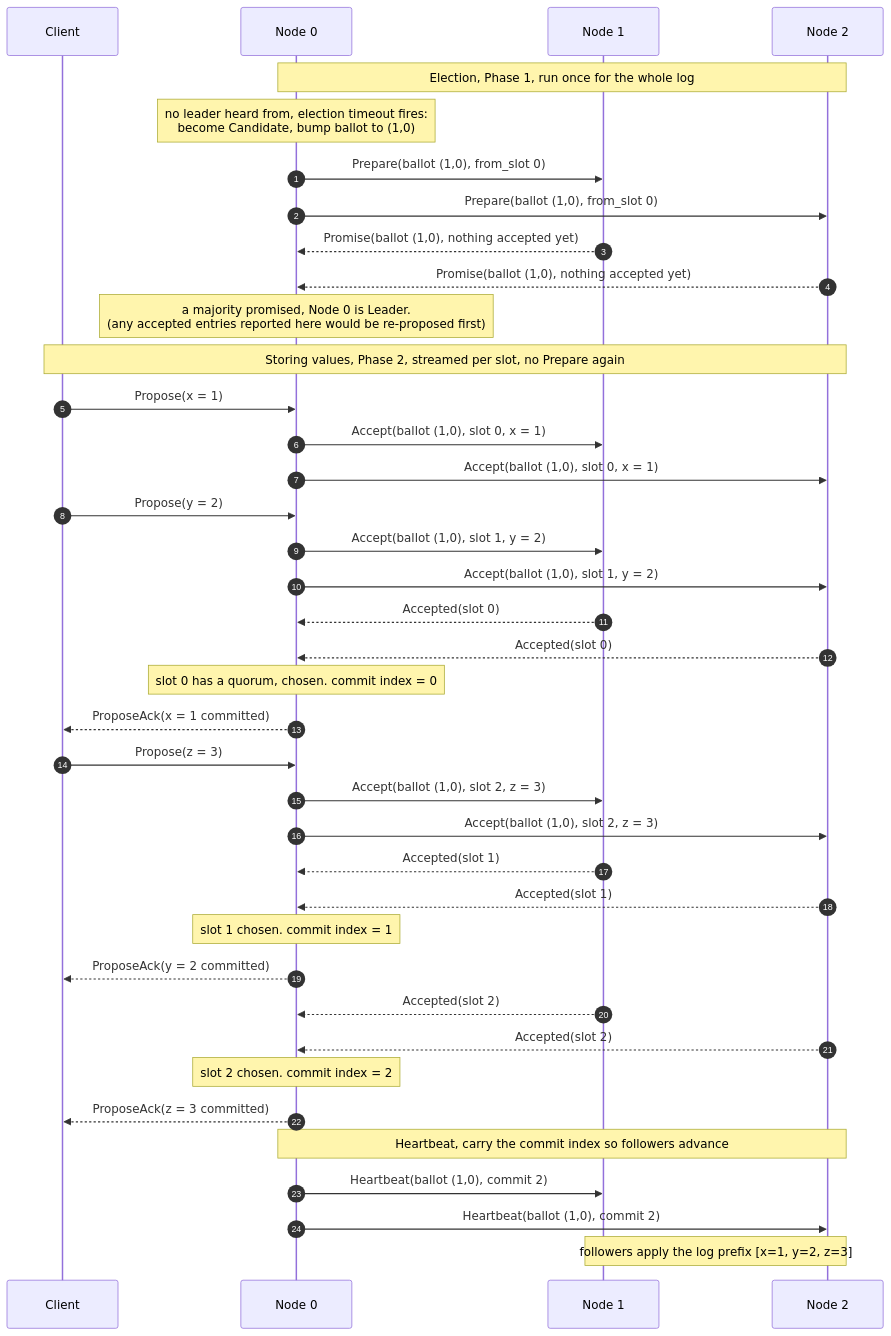
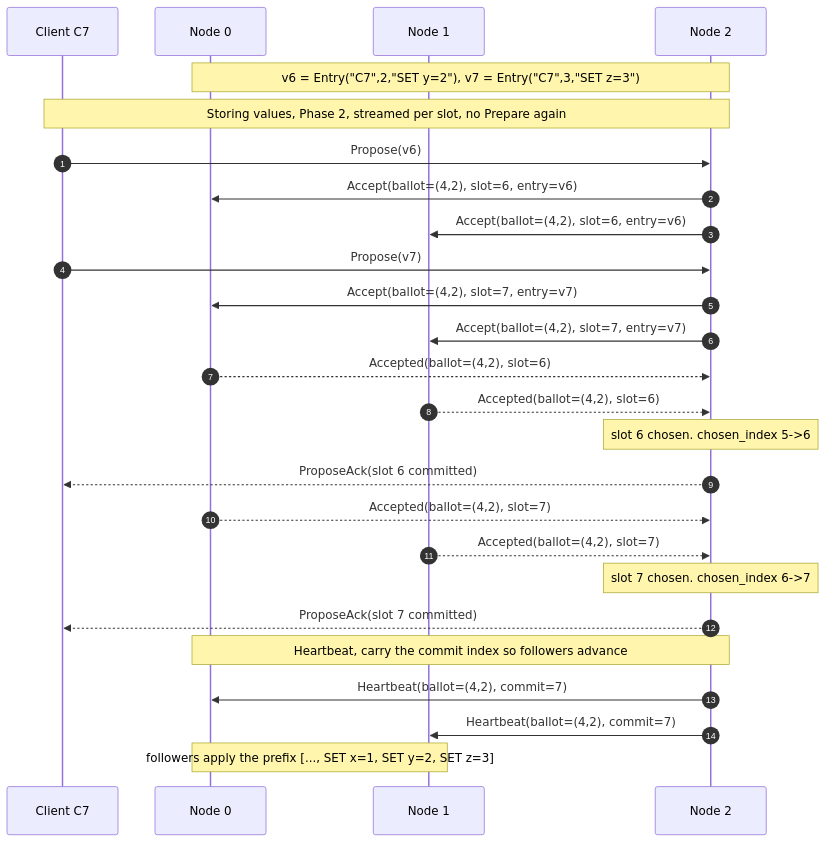
Before and after one commit to PierreZ/paros: the fifth of 5 diagrams in book/src/stable-leader.md, drawn with Mermaid. The commit also changed other lines of this file and 5 other files, not shown here.

````diff
--- a/book/src/stable-leader.md
+++ b/book/src/stable-leader.md
@@ -197,44 +231,30 @@
 ```mermaid
 sequenceDiagram
     autonumber
-    participant Cl as Client
+    participant Cl as Client C7
     participant N0 as Node 0
     participant N1 as Node 1
     participant N2 as Node 2
 
-    Note over N0,N2: Election, Phase 1, run once for the whole log
-    Note over N0: no leader heard from, election timeout fires:<br/>become Candidate, bump ballot to (1,0)
-    N0->>N1: Prepare(ballot (1,0), from_slot 0)
-    N0->>N2: Prepare(ballot (1,0), from_slot 0)
-    N1-->>N0: Promise(ballot (1,0), nothing accepted yet)
-    N2-->>N0: Promise(ballot (1,0), nothing accepted yet)
-    Note over N0: a majority promised, Node 0 is Leader.<br/>(any accepted entries reported here would be re-proposed first)
-
+    Note over N0,N2: v6 = Entry("C7",2,"SET y=2"), v7 = Entry("C7",3,"SET z=3")
     Note over Cl,N2: Storing values, Phase 2, streamed per slot, no Prepare again
-    Cl->>N0: Propose(x = 1)
-    N0->>N1: Accept(ballot (1,0), slot 0, x = 1)
-    N0->>N2: Accept(ballot (1,0), slot 0, x = 1)
-    Cl->>N0: Propose(y = 2)
-    N0->>N1: Accept(ballot (1,0), slot 1, y = 2)
-    N0->>N2: Accept(ballot (1,0), slot 1, y = 2)
-    N1-->>N0: Accepted(slot 0)
-    N2-->>N0: Accepted(slot 0)
-    Note over N0: slot 0 has a quorum, chosen. commit index = 0
-    N0-->>Cl: ProposeAck(x = 1 committed)
-    Cl->>N0: Propose(z = 3)
-    N0->>N1: Accept(ballot (1,0), slot 2, z = 3)
-    N0->>N2: Accept(ballot (1,0), slot 2, z = 3)
-    N1-->>N0: Accepted(slot 1)
-    N2-->>N0: Accepted(slot 1)
-    Note over N0: slot 1 chosen. commit index = 1
-    N0-->>Cl: ProposeAck(y = 2 committed)
-    N1-->>N0: Accepted(slot 2)
-    N2-->>N0: Accepted(slot 2)
-    Note over N0: slot 2 chosen. commit index = 2
-    N0-->>Cl: ProposeAck(z = 3 committed)
+    Cl->>N2: Propose(v6)
+    N2->>N0: Accept(ballot=(4,2), slot=6, entry=v6)
+    N2->>N1: Accept(ballot=(4,2), slot=6, entry=v6)
+    Cl->>N2: Propose(v7)
+    N2->>N0: Accept(ballot=(4,2), slot=7, entry=v7)
+    N2->>N1: Accept(ballot=(4,2), slot=7, entry=v7)
+    N0-->>N2: Accepted(ballot=(4,2), slot=6)
+    N1-->>N2: Accepted(ballot=(4,2), slot=6)
+    Note over N2: slot 6 chosen. chosen_index 5->6
+    N2-->>Cl: ProposeAck(slot 6 committed)
+    N0-->>N2: Accepted(ballot=(4,2), slot=7)
+    N1-->>N2: Accepted(ballot=(4,2), slot=7)
+    Note over N2: slot 7 chosen. chosen_index 6->7
+    N2-->>Cl: ProposeAck(slot 7 committed)
 
     Note over N0,N2: Heartbeat, carry the commit index so followers advance
-    N0->>N1: Heartbeat(ballot (1,0), commit 2)
-    N0->>N2: Heartbeat(ballot (1,0), commit 2)
-    Note over N1,N2: followers apply the log prefix [x=1, y=2, z=3]
+    N2->>N0: Heartbeat(ballot=(4,2), commit=7)
+    N2->>N1: Heartbeat(ballot=(4,2), commit=7)
+    Note over N0,N1: followers apply the prefix [..., SET x=1, SET y=2, SET z=3]
 ```
````
